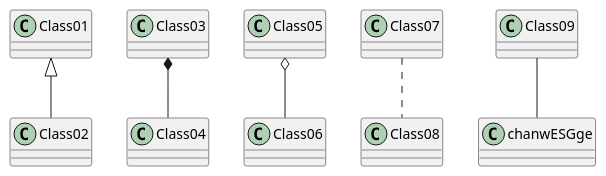
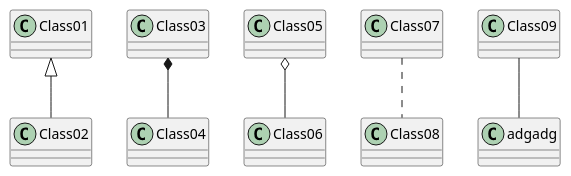
Before and after one commit to weichware10/meilensteine: the diagram in meilenstein_03/test.puml, drawn with PlantUML.

Commit message:
changed this

```diff
--- a/meilenstein_03/test.puml
+++ b/meilenstein_03/test.puml
@@ -1,7 +1,7 @@
 @startuml test
 Class01 <|-- Class02
 Class03 *-- Class04
 Class05 o-- Class06
 Class07 .. Class08
-Class09 -- chanwESGge
+Class09 -- adgadg
 @enduml
```
